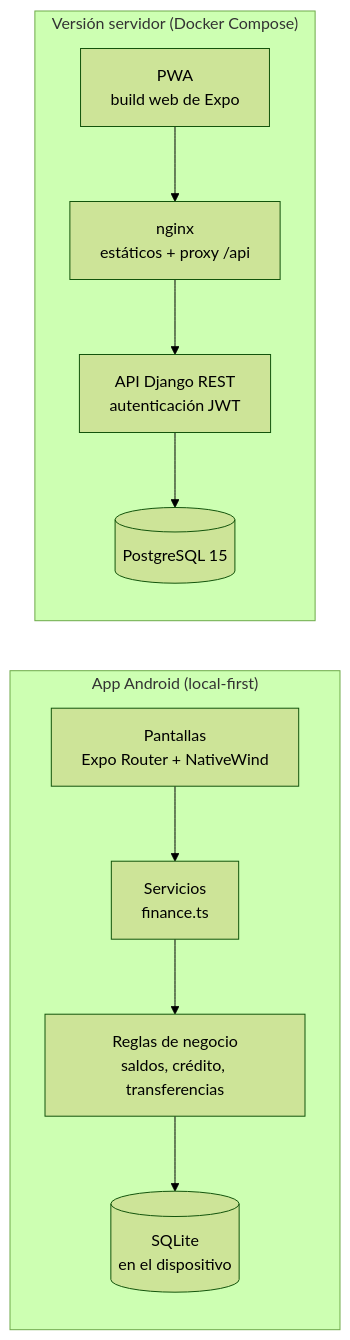
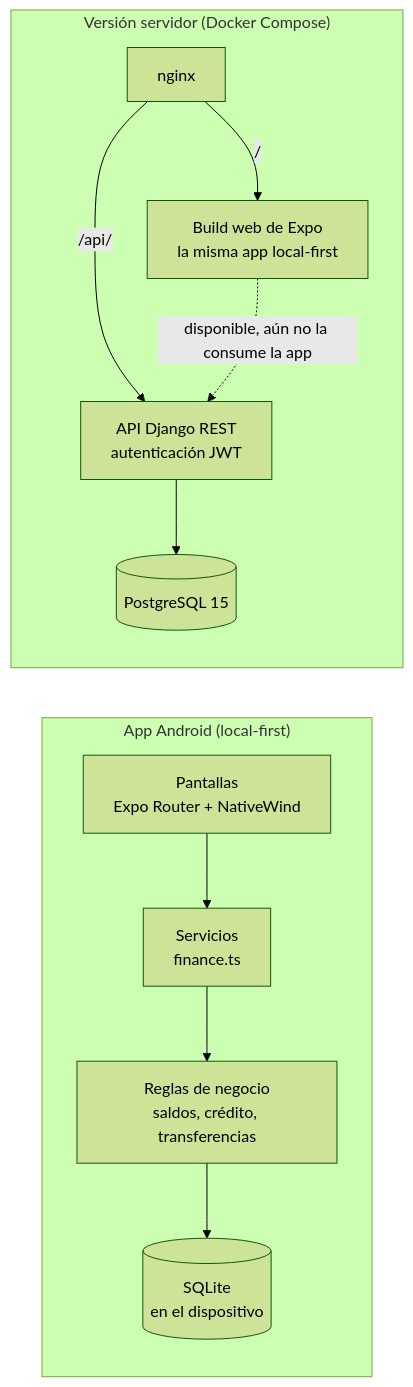
Before and after one commit to waldooCreator/Conciencia_financiera: the diagram in README.es.md, drawn with Mermaid (forest theme). The commit also changed other lines of this file and 7 other files, not shown here.

````diff
--- a/README.es.md
+++ b/README.es.md
@@ -65,14 +65,15 @@
 ```mermaid
 flowchart LR
   subgraph Phone["App Android (local-first)"]
     UI["Pantallas<br/>Expo Router + NativeWind"] --> SVC["Servicios<br/>finance.ts"]
     SVC --> BL["Reglas de negocio<br/>saldos, crédito, transferencias"]
     BL --> DB[("SQLite<br/>en el dispositivo")]
   end
 
   subgraph Server["Versión servidor (Docker Compose)"]
-    PWA["PWA<br/>build web de Expo"] --> NGX["nginx<br/>estáticos + proxy /api"]
-    NGX --> API["API Django REST<br/>autenticación JWT"]
+    NGX["nginx"] -->|"/"| WEB["Build web de Expo<br/>la misma app local-first"]
+    NGX -->|"/api/"| API["API Django REST<br/>autenticación JWT"]
     API --> PG[("PostgreSQL 15")]
+    WEB -.->|"disponible, aún no la consume la app"| API
   end
 ```
````
